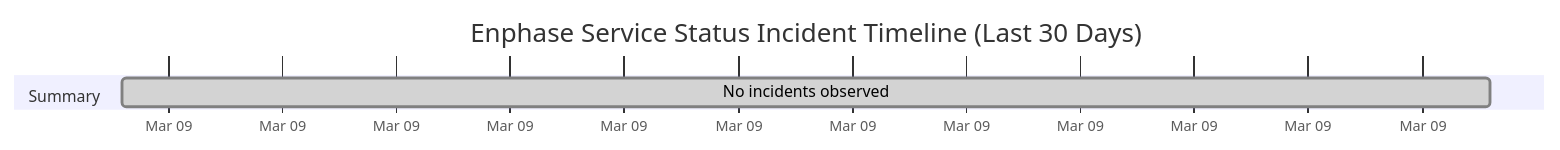
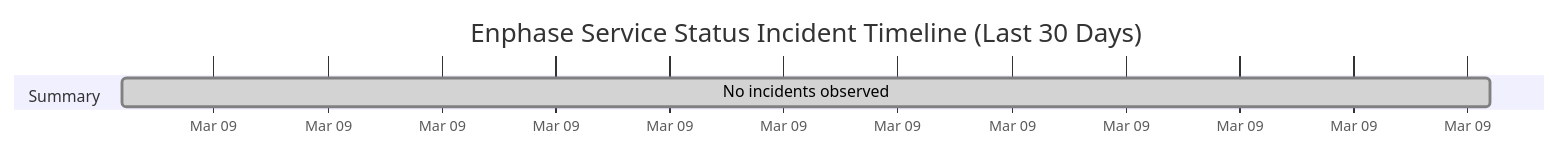
The diagram in wiki/Service-Status-History.md (barneyonline/ha-enphase-ev-charger), drawn with Mermaid before and after one commit. The commit also changed other lines of this file and 3 other files, not shown here.

````diff
--- a/wiki/Service-Status-History.md
+++ b/wiki/Service-Status-History.md
@@ -14,8 +14,8 @@
 ```mermaid
 gantt
     title Enphase Service Status Incident Timeline (Last 30 Days)
     dateFormat  YYYY-MM-DDTHH:mm:ss
     axisFormat  %b %d
     section Summary
-    No incidents observed :done, 2026-03-09T06:50:43, 1m
+    No incidents observed :done, 2026-03-09T07:44:06, 1m
 ```
````
